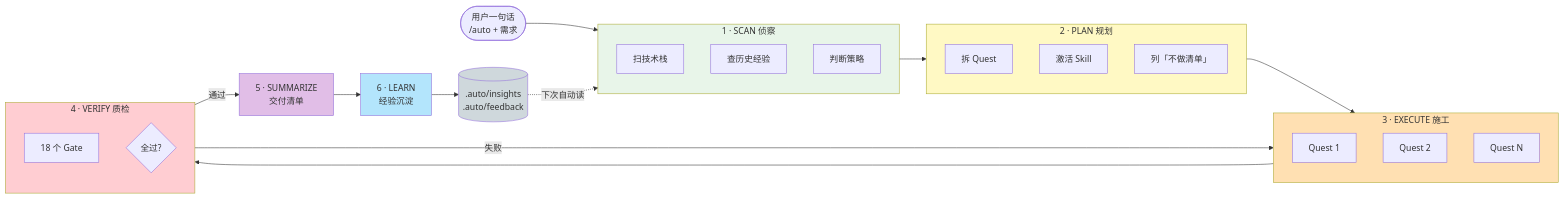
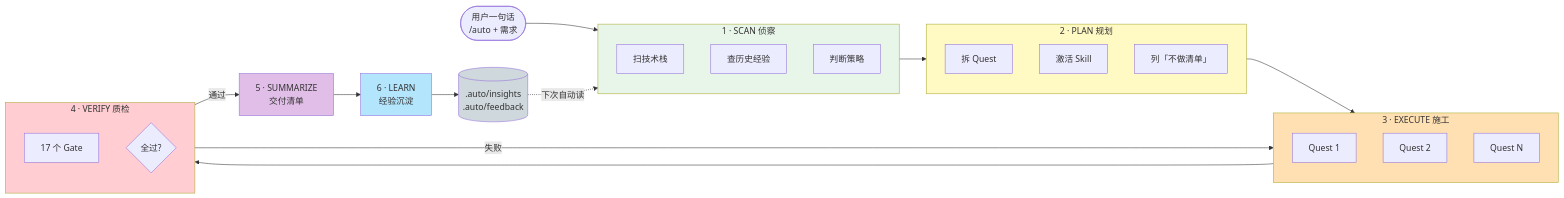
One commit to ktyyer/auto-cli changed the diagram in README.md. Above: the diagram before and after it, drawn with Mermaid. The commit also changed other lines of this file and 24 other files, not shown here.

````diff
--- a/README.md
+++ b/README.md
@@ -148,46 +148,46 @@
 ```mermaid
 flowchart LR
     USER([用户一句话<br/>/auto + 需求])
     USER --> SCAN
 
     subgraph SCAN[1 · SCAN 侦察]
         S1[扫技术栈]
         S2[查历史经验]
         S3[判断策略]
     end
 
     subgraph PLAN[2 · PLAN 规划]
         P1[拆 Quest]
         P2[激活 Skill]
         P3[列「不做清单」]
     end
 
     subgraph EXEC[3 · EXECUTE 施工]
         E1[Quest 1]
         E2[Quest 2]
         E3[Quest N]
     end
 
     subgraph VERIFY[4 · VERIFY 质检]
-        V1[18 个 Gate]
+        V1[17 个 Gate]
         V2{全过?}
     end
 
     SUM[5 · SUMMARIZE<br/>交付清单]
     LEARN[6 · LEARN<br/>经验沉淀]
     MEM[(.auto/insights<br/>.auto/feedback)]
 
     SCAN --> PLAN --> EXEC --> VERIFY
     VERIFY -- 失败 --> EXEC
     VERIFY -- 通过 --> SUM --> LEARN
     LEARN --> MEM
     MEM -. 下次自动读 .-> SCAN
 
     style SCAN fill:#e8f5e9
     style PLAN fill:#fff9c4
     style EXEC fill:#ffe0b2
     style VERIFY fill:#ffcdd2
     style SUM fill:#e1bee7
     style LEARN fill:#b3e5fc
     style MEM fill:#cfd8dc
 ```
````
